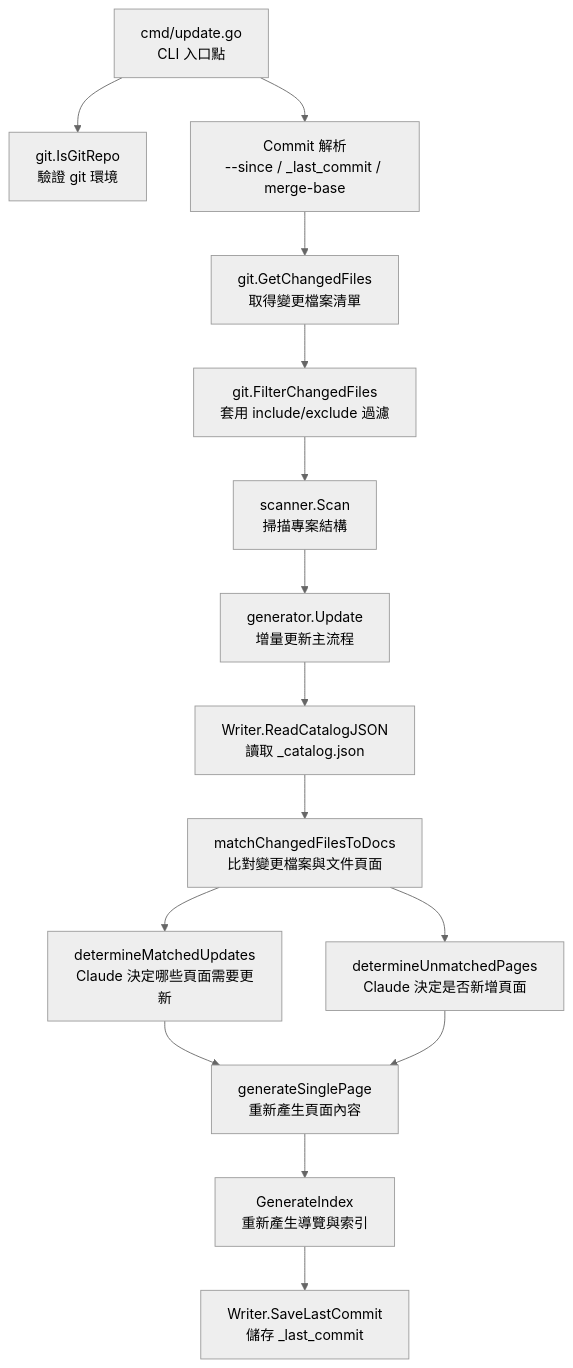
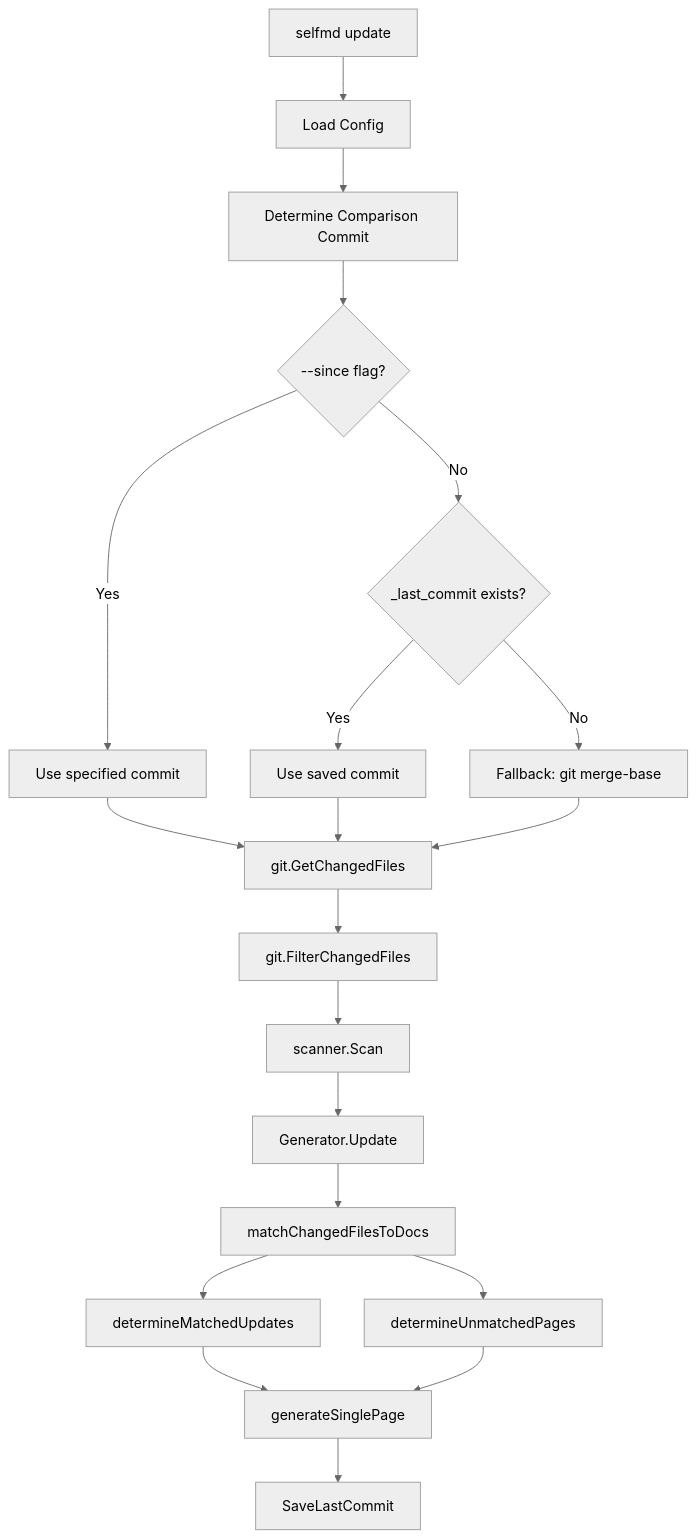
Before and after one commit to monkenWu/selfmd-claude-code: the first of 2 diagrams in docs/cli/cmd-update/index.md, drawn with Mermaid (neutral theme). The commit also changed other lines of this file and 145 other files, not shown here.

````diff
--- a/docs/cli/cmd-update/index.md
+++ b/docs/cli/cmd-update/index.md
@@ -21,34 +26,22 @@
 ```mermaid
 flowchart TD
-    CLI["cmd/update.go\nCLI 入口點"]
-    GitCheck["git.IsGitRepo\n驗證 git 環境"]
-    CommitResolution["Commit 解析\n--since / _last_commit / merge-base"]
-    GitDiff["git.GetChangedFiles\n取得變更檔案清單"]
-    Filter["git.FilterChangedFiles\n套用 include/exclude 過濾"]
-    Scanner["scanner.Scan\n掃描專案結構"]
-    Update["generator.Update\n增量更新主流程"]
-
-    ReadCatalog["Writer.ReadCatalogJSON\n讀取 _catalog.json"]
-    Match["matchChangedFilesToDocs\n比對變更檔案與文件頁面"]
-    ClaudeMatched["determineMatchedUpdates\nClaude 決定哪些頁面需要更新"]
-    ClaudeUnmatched["determineUnmatchedPages\nClaude 決定是否新增頁面"]
-    Regenerate["generateSinglePage\n重新產生頁面內容"]
-    GenerateIndex["GenerateIndex\n重新產生導覽與索引"]
-    SaveCommit["Writer.SaveLastCommit\n儲存 _last_commit"]
-
-    CLI --> GitCheck
-    CLI --> CommitResolution
-    CommitResolution --> GitDiff
-    GitDiff --> Filter
-    Filter --> Scanner
-    Scanner --> Update
-
-    Update --> ReadCatalog
-    ReadCatalog --> Match
-    Match --> ClaudeMatched
-    Match --> ClaudeUnmatched
-    ClaudeMatched --> Regenerate
-    ClaudeUnmatched --> Regenerate
-    Regenerate --> GenerateIndex
-    GenerateIndex --> SaveCommit
+    A["selfmd update"] --> B["Load Config"]
+    B --> C["Determine Comparison Commit"]
+    C --> C1{"--since flag?"}
+    C1 -- "Yes" --> C2["Use specified commit"]
+    C1 -- "No" --> C3{"_last_commit exists?"}
+    C3 -- "Yes" --> C4["Use saved commit"]
+    C3 -- "No" --> C5["Fallback: git merge-base"]
+    C2 --> D["git.GetChangedFiles"]
+    C4 --> D
+    C5 --> D
+    D --> E["git.FilterChangedFiles"]
+    E --> F["scanner.Scan"]
+    F --> G["Generator.Update"]
+    G --> H["matchChangedFilesToDocs"]
+    H --> I["determineMatchedUpdates"]
+    H --> J["determineUnmatchedPages"]
+    I --> K["generateSinglePage"]
+    J --> K
+    K --> L["SaveLastCommit"]
 ```
````
